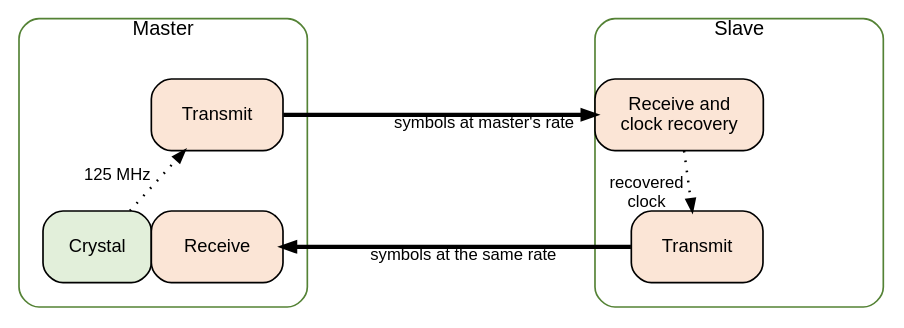
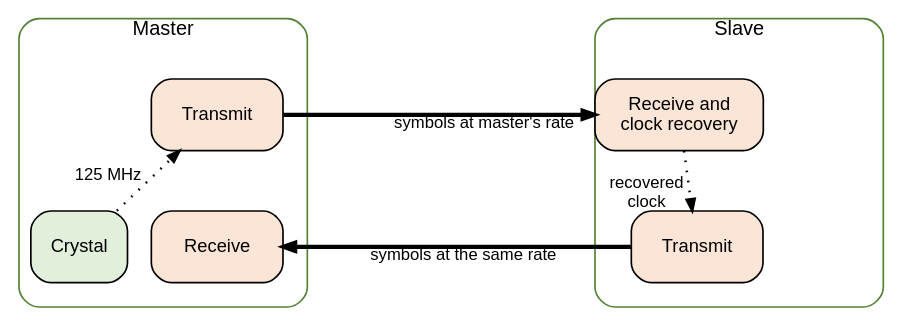
Before and after one commit to mithro/evampire: the diagram in docs/ethernet/phy-electrical/master-slave.dot, drawn with Graphviz.

Commit message:
Separate the crystal box from the receive box

```diff
--- a/docs/ethernet/phy-electrical/master-slave.dot
+++ b/docs/ethernet/phy-electrical/master-slave.dot
@@ -1,32 +1,32 @@
 // Master and slave clocking in 1000BASE-T. The master transmits on its own
 // crystal clock. The slave recovers that clock from the received signal and
 // transmits on it, so both directions of the link run at the same symbol
 // rate.
 //
 // SPDX-License-Identifier: Apache-2.0
 
 digraph masterslave {
     graph [layout=neato, splines=false, overlap=true, fontname="Helvetica",
            size="7.4,2.6"];
     node  [shape=box, style="rounded,filled", fillcolor="#f2f2f2",
            fontname="Helvetica", fontsize=11, width=1.4, height=0.6,
            fixedsize=true];
     edge  [fontname="Helvetica", fontsize=10, arrowsize=0.7, penwidth=1.5];
 
     g_m [pos="1.3,1.25!", width=2.4, height=2.4, label="Master", labelloc=t,
          style="rounded", color="#548235", fillcolor="none", fontsize=12];
     g_s [pos="6.1,1.25!", width=2.4, height=2.4, label="Slave", labelloc=t,
          style="rounded", color="#548235", fillcolor="none", fontsize=12];
 
-    mx   [pos="0.75,0.55!", width=0.9, label="Crystal", fillcolor="#e2efda"];
+    mx   [pos="0.6,0.55!", width=0.8, label="Crystal", fillcolor="#e2efda"];
     mtx  [pos="1.75,1.65!", width=1.1, label="Transmit", fillcolor="#fbe5d6"];
     mrx  [pos="1.75,0.55!", width=1.1, label="Receive", fillcolor="#fbe5d6"];
     srec [pos="5.6,1.65!", width=1.4, label="Receive and\nclock recovery",
           fillcolor="#fbe5d6"];
     stx  [pos="5.75,0.55!", width=1.1, label="Transmit", fillcolor="#fbe5d6"];
 
     mx   -> mtx  [style=dotted, xlabel="125 MHz"];
     mtx  -> srec [penwidth=2.5, label="symbols at master's rate"];
     srec -> stx  [style=dotted, xlabel="recovered\nclock"];
     stx  -> mrx  [penwidth=2.5, label="symbols at the same rate"];
 }
```
